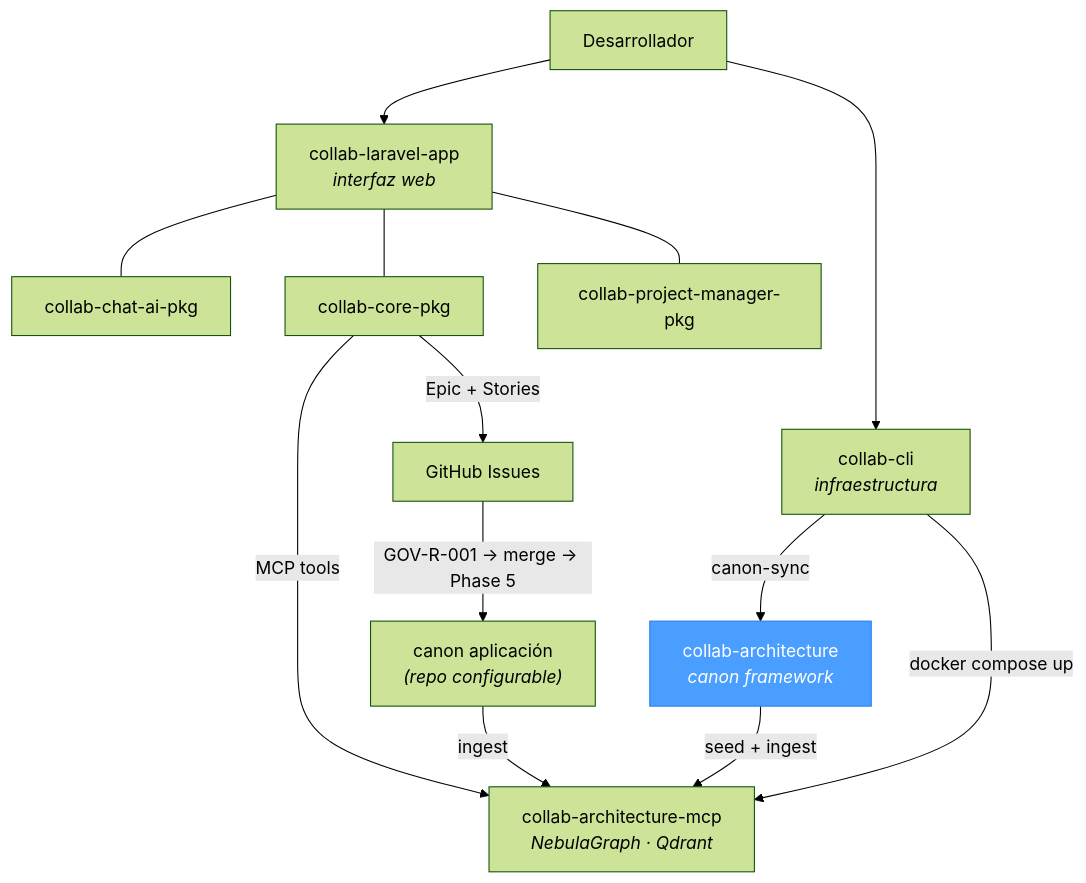
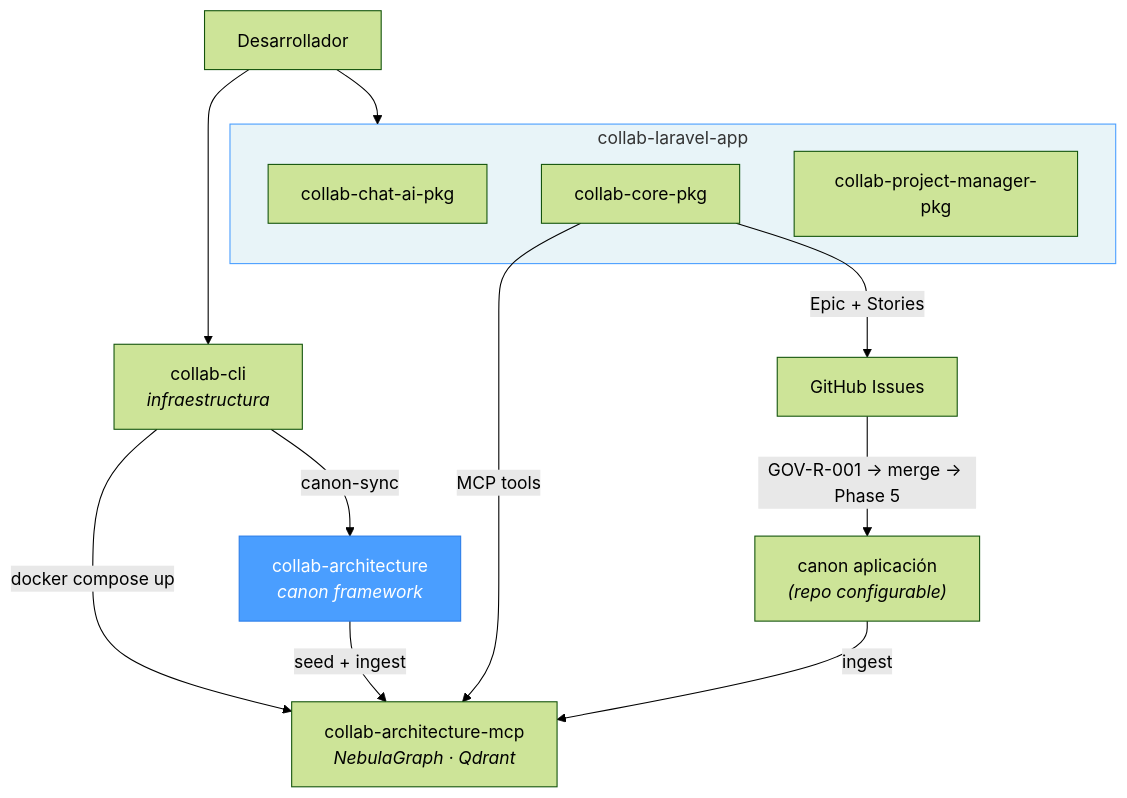
Before and after one commit to uxmaltech/collab-architecture: the diagram in README.md, drawn with Mermaid (forest theme).

Commit message:
docs: mostrar paquetes como subgraph dentro de collab-laravel-app en diagrama Mermaid
Los paquetes collab-core-pkg, collab-chat-ai-pkg y collab-project-manager-pkg
son Composer packages instalados en collab-laravel-app, no servicios separados.
El diagrama ahora los agrupa correctamente usando subgraph.

````diff
--- a/README.md
+++ b/README.md
@@ -16,20 +16,24 @@
 ```mermaid
 graph TD
-    DEV[Desarrollador] --> APP[collab-laravel-app<br><i>interfaz web</i>]
-    DEV --> CLI[collab-cli<br><i>infraestructura</i>]
+    DEV[Desarrollador] --> CLI[collab-cli<br><i>infraestructura</i>]
 
-    APP --- CHAT[collab-chat-ai-pkg]
-    APP --- CORE[collab-core-pkg]
-    APP --- PM[collab-project-manager-pkg]
+    subgraph APP["collab-laravel-app"]
+        CHAT[collab-chat-ai-pkg]
+        CORE[collab-core-pkg]
+        PM[collab-project-manager-pkg]
+    end
+
+    DEV --> APP
 
     CLI -- canon-sync --> CA[collab-architecture<br><i>canon framework</i>]
     CLI -- docker compose up --> MCP[collab-architecture-mcp<br><i>NebulaGraph · Qdrant</i>]
     CA -- seed + ingest --> MCP
 
     CORE -- MCP tools --> MCP
     CORE -- "Epic + Stories" --> GH[GitHub Issues]
     GH -- "GOV-R-001 → merge → Phase 5" --> BCA["canon aplicación<br><i>(repo configurable)</i>"]
     BCA -- ingest --> MCP
 
     style CA fill:#4a9eff,stroke:#2b7de9,color:#fff
+    style APP fill:#e8f4f8,stroke:#4a9eff
 ```
````
